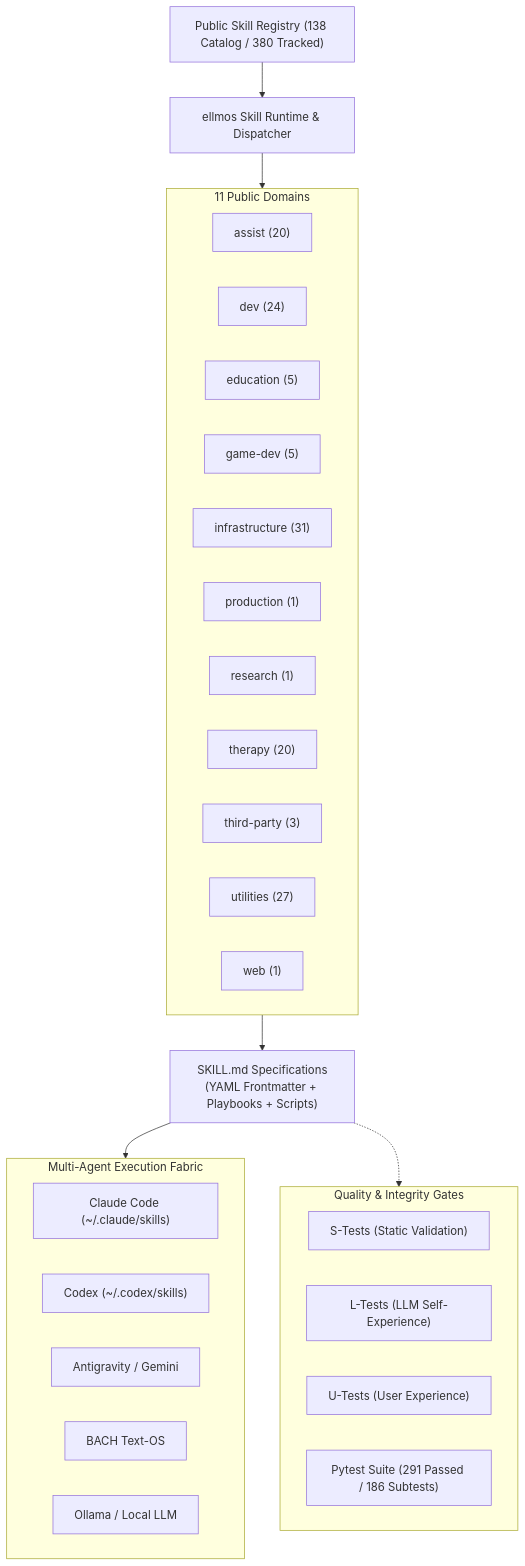
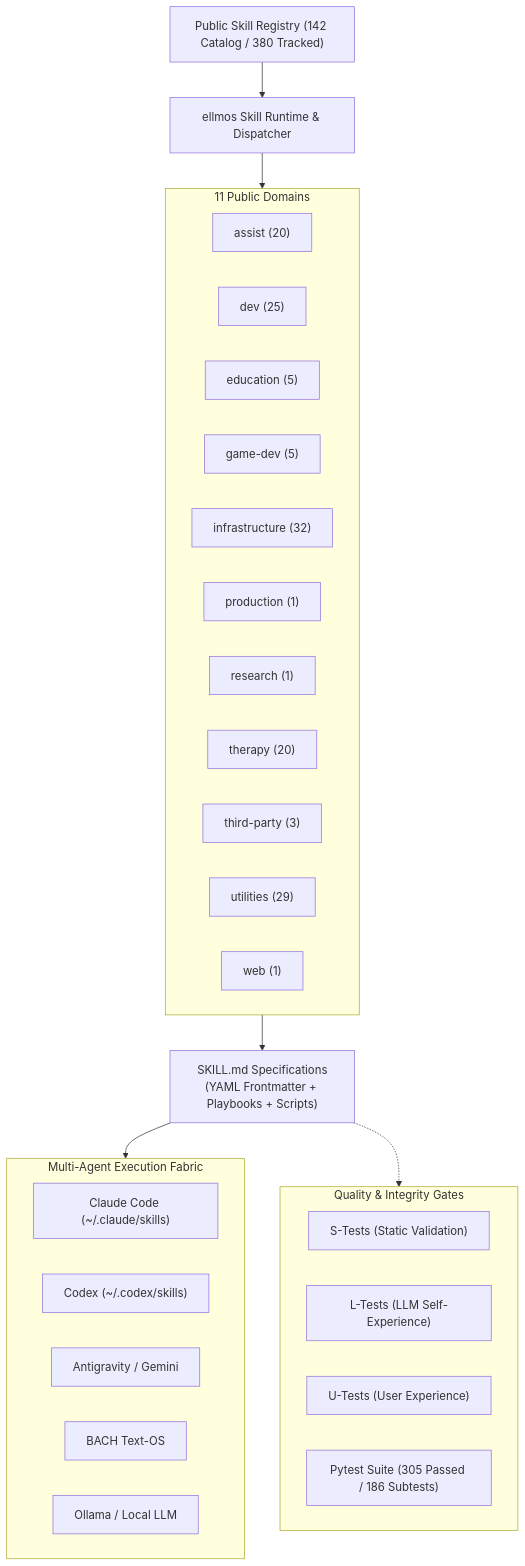
The first of 2 diagrams in README.md (ellmos-ai/skills), drawn with Mermaid before and after one commit. The commit also changed other lines of this file and 8 other files, not shown here.

Commit message:
feat(marketing): discoverability, Mermaid diagram sync, NOTICE attribution, and metadata parity (Pfad B 2026-09-24)

````diff
--- a/README.md
+++ b/README.md
@@ -70,40 +72,40 @@
 ```mermaid
 flowchart TD
-    Registry["Public Skill Registry (138 Catalog / 380 Tracked)"] --> Engine["ellmos Skill Runtime & Dispatcher"]
+    Registry["Public Skill Registry (142 Catalog / 380 Tracked)"] --> Engine["ellmos Skill Runtime & Dispatcher"]
     
     subgraph Catalog ["11 Public Domains"]
         Assist["assist (20)"]
-        Dev["dev (24)"]
+        Dev["dev (25)"]
         Edu["education (5)"]
         Game["game-dev (5)"]
-        Infra["infrastructure (31)"]
+        Infra["infrastructure (32)"]
         Prod["production (1)"]
         Res["research (1)"]
         Therapy["therapy (20)"]
         ThirdParty["third-party (3)"]
-        Utils["utilities (27)"]
+        Utils["utilities (29)"]
         Web["web (1)"]
     end
     
     Engine --> Catalog
     Catalog --> Artifacts["SKILL.md Specifications<br/>(YAML Frontmatter + Playbooks + Scripts)"]
     
     subgraph MultiAgentRuntimes ["Multi-Agent Execution Fabric"]
         ClaudeCode["Claude Code (~/.claude/skills)"]
         Codex["Codex (~/.codex/skills)"]
         AGY["Antigravity / Gemini"]
         BACH["BACH Text-OS"]
         LocalOllama["Ollama / Local LLM"]
     end
     
     Artifacts --> MultiAgentRuntimes
     
     subgraph QualityGates ["Quality & Integrity Gates"]
         STests["S-Tests (Static Validation)"]
         LTests["L-Tests (LLM Self-Experience)"]
         UTests["U-Tests (User Experience)"]
-        PytestSuite["Pytest Suite (291 Passed / 186 Subtests)"]
+        PytestSuite["Pytest Suite (305 Passed / 186 Subtests)"]
     end
     
     Artifacts -.-> QualityGates
 ```
````
